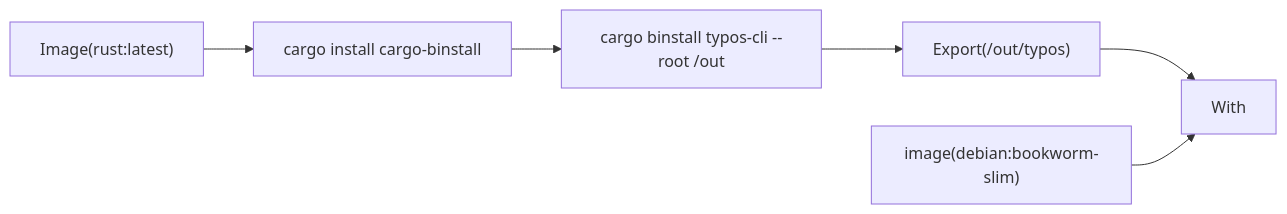
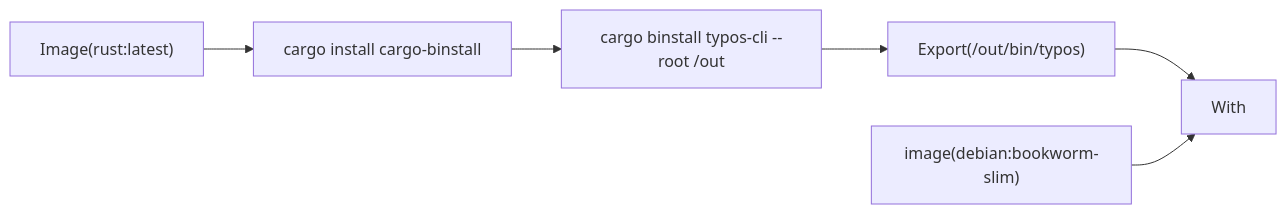
One commit to Serpent-Tools/serpentine changed the fifth of 7 diagrams in book/src/snek.md. Above: the diagram before and after it, drawn with Mermaid. The commit also changed other lines of this file and 10 other files, not shown here.

````diff
--- a/book/src/snek.md
+++ b/book/src/snek.md
@@ -150,6 +150,6 @@
 ```mermaid
 flowchart LR
     IR["Image(rust:latest)"] --> EI["cargo install cargo-binstall"] --> EB["cargo binstall typos-cli --root /out"]
-    EB --> EX["Export(/out/typos)"] --> W["With"]
+    EB --> EX["Export(/out/bin/typos)"] --> W["With"]
     I["image(debian:bookworm-slim)"] --> W
 ```
````
